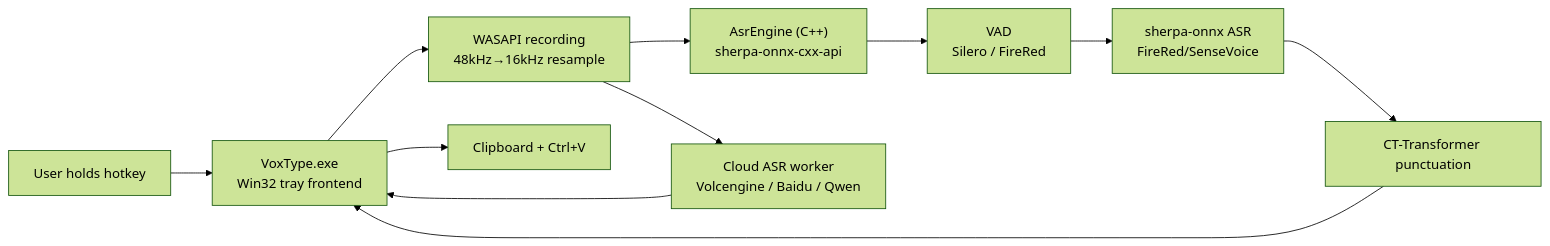
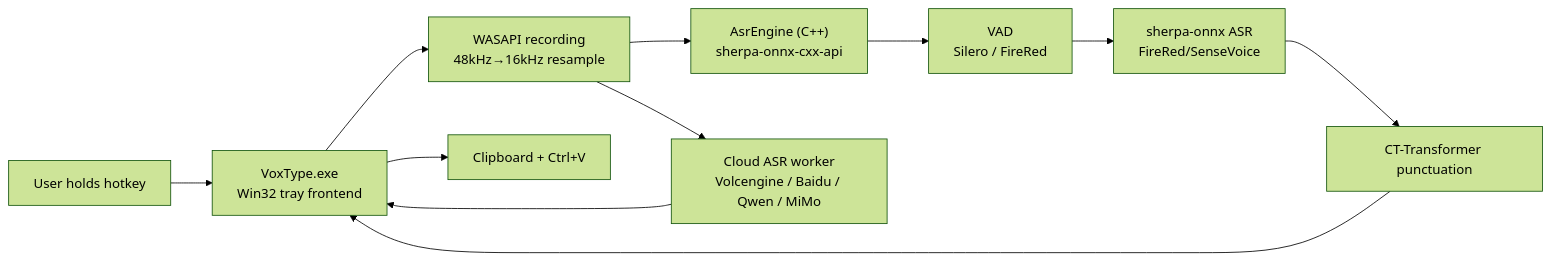
Before and after one commit to melody0709/Voice_LLM_ASR_Input: the first of 2 diagrams in ARCHITECTURE.md, drawn with Mermaid (forest theme). The commit also changed other lines of this file and 19 other files, not shown here.

````diff
--- a/ARCHITECTURE.md
+++ b/ARCHITECTURE.md
@@ -9,13 +9,13 @@
 ```mermaid
 flowchart LR
     User["User holds hotkey"] --> Frontend["VoxType.exe<br/>Win32 tray frontend"]
     Frontend --> Recorder["WASAPI recording<br/>48kHz→16kHz resample"]
     Recorder --> Engine["AsrEngine (C++)<br/>sherpa-onnx-cxx-api"]
-    Recorder --> Cloud["Cloud ASR worker<br/>Volcengine / Baidu / Qwen"]
+    Recorder --> Cloud["Cloud ASR worker<br/>Volcengine / Baidu / Qwen / MiMo"]
     Engine --> VAD["VAD<br/>Silero / FireRed"]
     VAD --> ASR["sherpa-onnx ASR<br/>FireRed/SenseVoice"]
     ASR --> Punct["CT-Transformer punctuation"]
     Punct --> Frontend
     Cloud --> Frontend
     Frontend --> Inject["Clipboard + Ctrl+V"]
 ```
````
